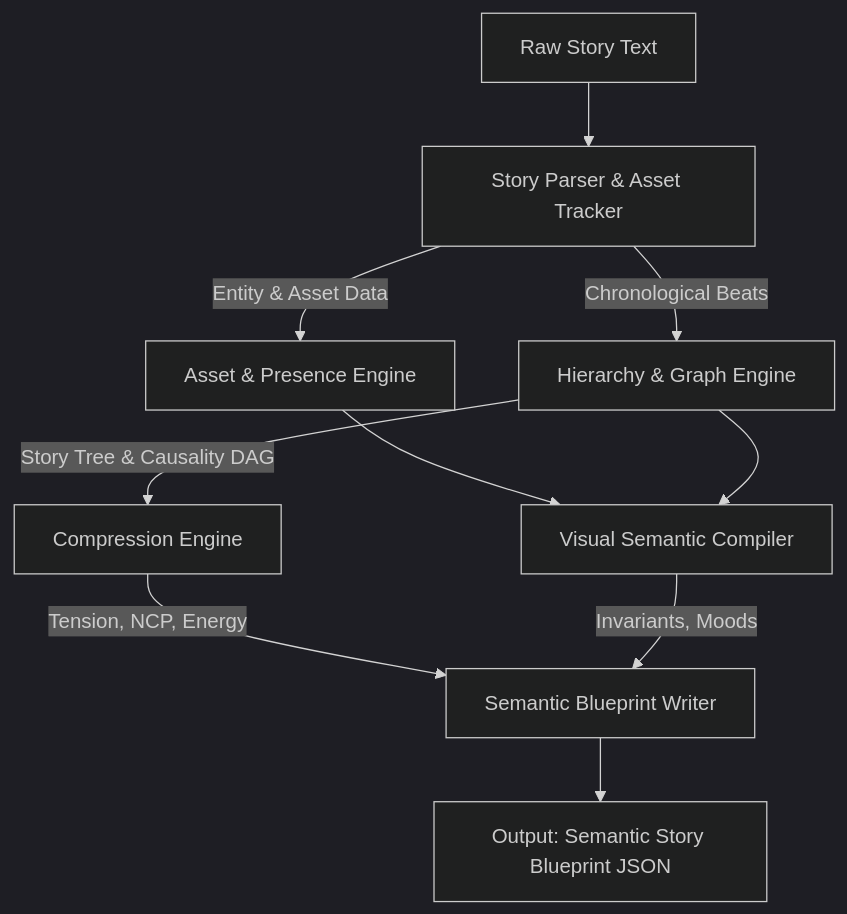
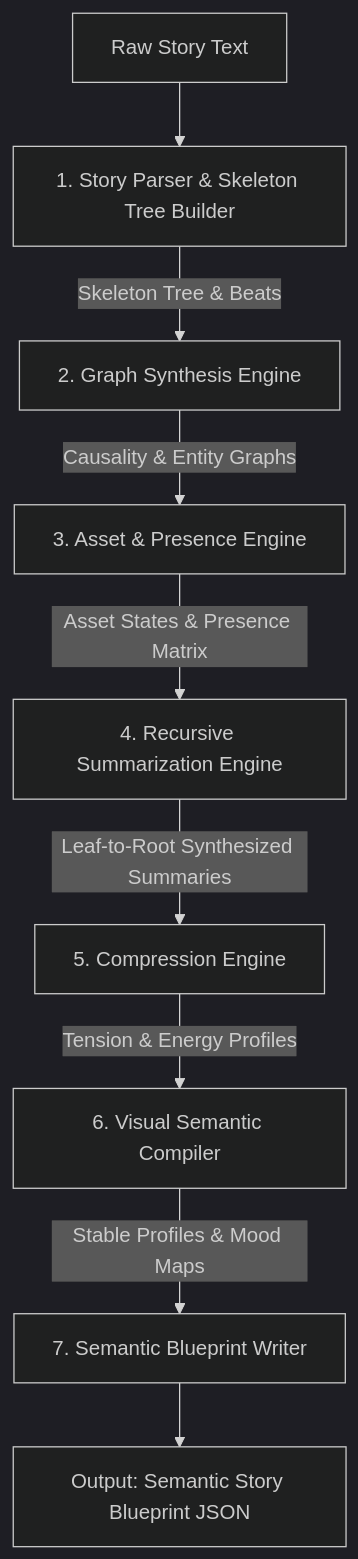
One commit to TheUn4given123jkbkjs/CiB changed the diagram in agents/story_analyst/ARCHITECTURE.md. Above: the diagram before and after it, drawn with Mermaid (dark theme). The commit also changed other lines of this file and 20 other files, not shown here.

Commit message:
feat(story-analyst): implement Story Analyst pipeline and director coordinator with prompt/data-flow optimizations

````diff
--- a/agents/story_analyst/ARCHITECTURE.md
+++ b/agents/story_analyst/ARCHITECTURE.md
@@ -10,12 +10,11 @@
 ```mermaid
 graph TD
-    Story[Raw Story Text] --> Parser[Story Parser & Asset Tracker]
-    Parser -->|Entity & Asset Data| AssetGraph[Asset & Presence Engine]
-    Parser -->|Chronological Beats| TreeEng[Hierarchy & Graph Engine]
-    TreeEng -->|Story Tree & Causality DAG| CompEng[Compression Engine]
-    AssetGraph --> VisualEng[Visual Semantic Compiler]
-    TreeEng --> VisualEng
-    CompEng -->|Tension, NCP, Energy| BlueWriter[Semantic Blueprint Writer]
-    VisualEng -->|Invariants, Moods| BlueWriter
+    Story[Raw Story Text] --> Parser[1. Story Parser & Skeleton Tree Builder]
+    Parser -->|Skeleton Tree & Beats| GraphEng[2. Graph Synthesis Engine]
+    GraphEng -->|Causality & Entity Graphs| AssetEng[3. Asset & Presence Engine]
+    AssetEng -->|Asset States & Presence Matrix| RecSummarizer[4. Recursive Summarization Engine]
+    RecSummarizer -->|Leaf-to-Root Synthesized Summaries| CompEng[5. Compression Engine]
+    CompEng -->|Tension & Energy Profiles| VisualEng[6. Visual Semantic Compiler]
+    VisualEng -->|Stable Profiles & Mood Maps| BlueWriter[7. Semantic Blueprint Writer]
     BlueWriter --> Blueprint[Output: Semantic Story Blueprint JSON]
 ```
````
